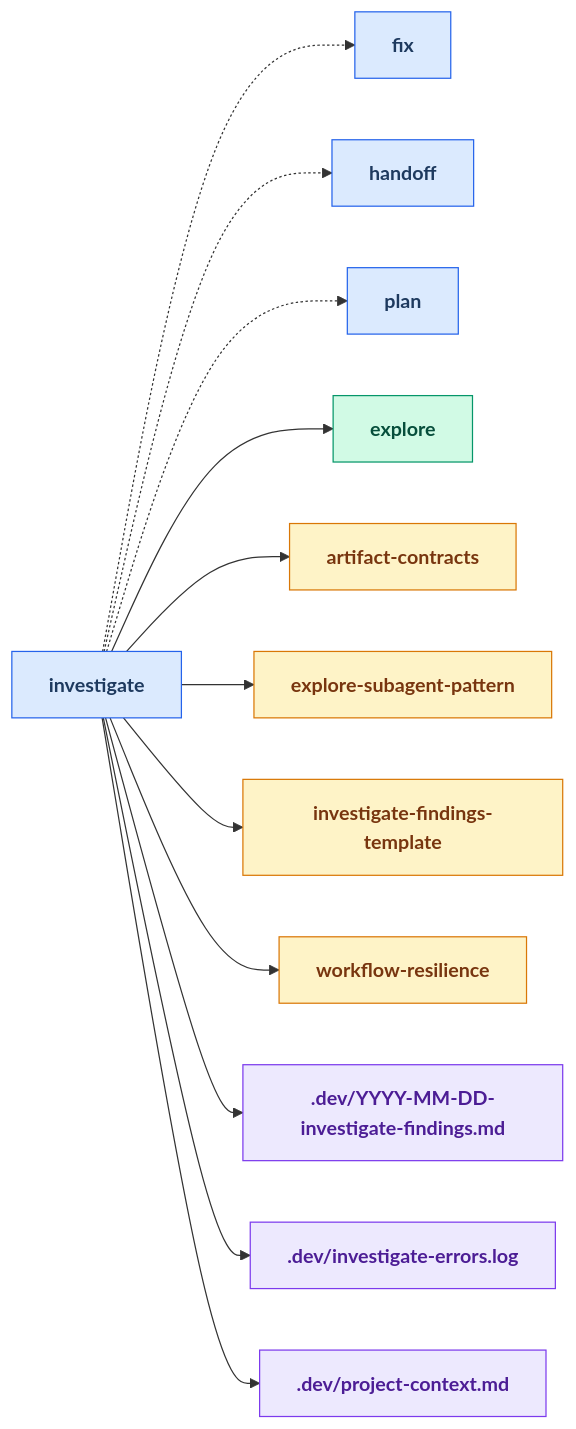
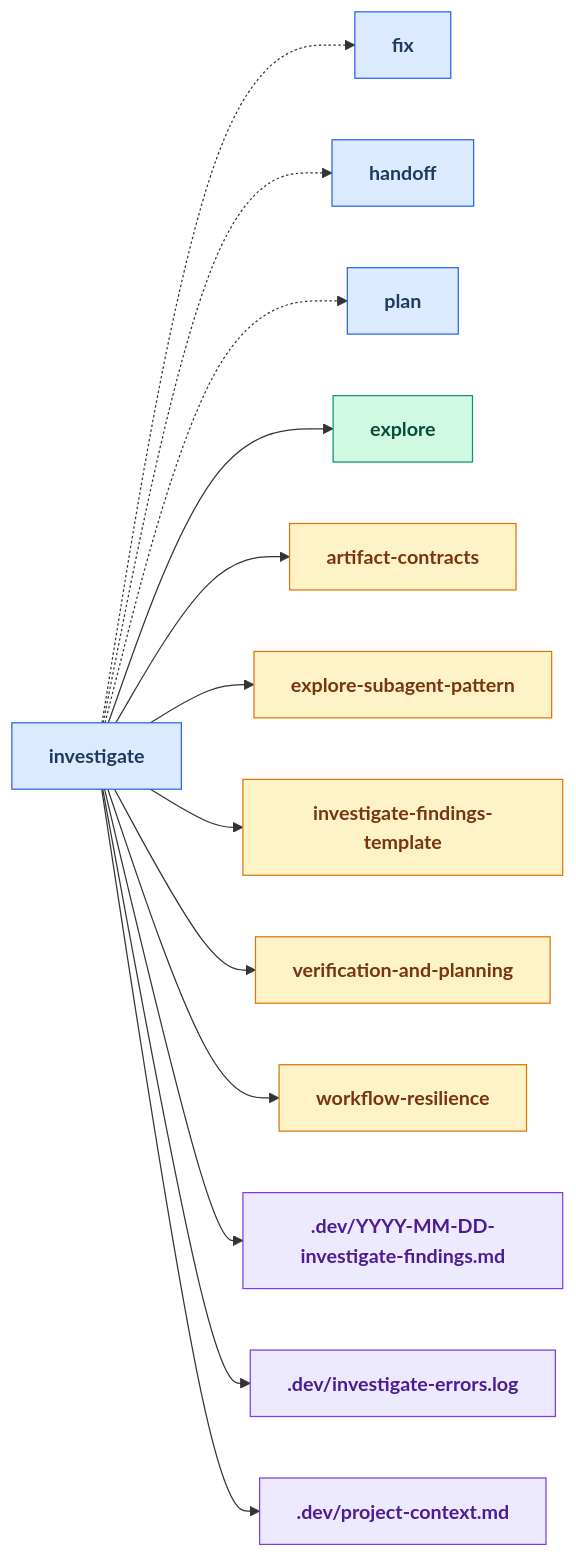
The fourth of 24 diagrams in docs/skills_map.md (russell-laing/al-dev-shared), drawn with Mermaid before and after one commit. The commit also changed other lines of this file, not shown here.

First line of the commit message:
📝 docs(skills-map): sync Layer 2 drilldowns with current skill set

````diff
--- a/docs/skills_map.md
+++ b/docs/skills_map.md
@@ -211,46 +202,49 @@
 ```mermaid
 flowchart LR
     classDef skillNode fill:#dbeafe,stroke:#2563eb,color:#1e3a5f,font-weight:bold
     classDef agentNode fill:#d1fae5,stroke:#059669,color:#064e3b,font-weight:bold
     classDef knowledgeNode fill:#fef3c7,stroke:#d97706,color:#78350f,font-weight:bold
     classDef artifactNode fill:#ede9fe,stroke:#7c3aed,color:#4c1d95,font-weight:bold
     classDef phaseNode fill:#e0e7ff,stroke:#6366f1,color:#312e81,font-weight:bold
 
     skill_investigate[investigate]
     skill_fix[fix]
     skill_handoff[handoff]
     skill_plan[plan]
     agent_explore[explore]
     knowledge_artifact_contracts_md[artifact-contracts]
     knowledge_explore_subagent_pattern_md[explore-subagent-pattern]
     knowledge_investigate_findings_template_md[investigate-findings-template]
+    knowledge_verification_and_planning_md[verification-and-planning]
     knowledge_workflow_resilience_md[workflow-resilience]
     artifact_YYYY_MM_DD_investigate_findings_md[.dev/YYYY-MM-DD-investigate-findings.md]
     artifact_investigate_errors_log[.dev/investigate-errors.log]
     artifact_project_context_md[.dev/project-context.md]
 
     skill_investigate -.-> skill_fix
     skill_investigate -.-> skill_handoff
     skill_investigate -.-> skill_plan
     skill_investigate --> agent_explore
     skill_investigate --> knowledge_artifact_contracts_md
     skill_investigate --> knowledge_explore_subagent_pattern_md
     skill_investigate --> knowledge_investigate_findings_template_md
+    skill_investigate --> knowledge_verification_and_planning_md
     skill_investigate --> knowledge_workflow_resilience_md
     skill_investigate --> artifact_YYYY_MM_DD_investigate_findings_md
     skill_investigate --> artifact_investigate_errors_log
     skill_investigate --> artifact_project_context_md
 
     class skill_investigate skillNode
     class skill_fix skillNode
     class skill_handoff skillNode
     class skill_plan skillNode
     class agent_explore agentNode
     class knowledge_artifact_contracts_md knowledgeNode
     class knowledge_explore_subagent_pattern_md knowledgeNode
     class knowledge_investigate_findings_template_md knowledgeNode
+    class knowledge_verification_and_planning_md knowledgeNode
     class knowledge_workflow_resilience_md knowledgeNode
     class artifact_YYYY_MM_DD_investigate_findings_md artifactNode
     class artifact_investigate_errors_log artifactNode
     class artifact_project_context_md artifactNode
 ```
````
